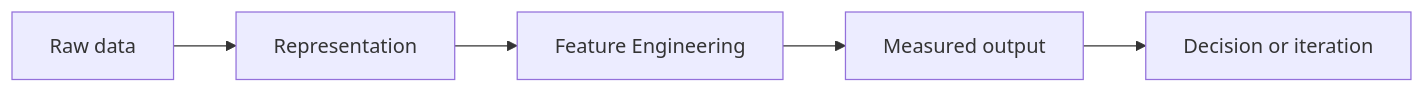
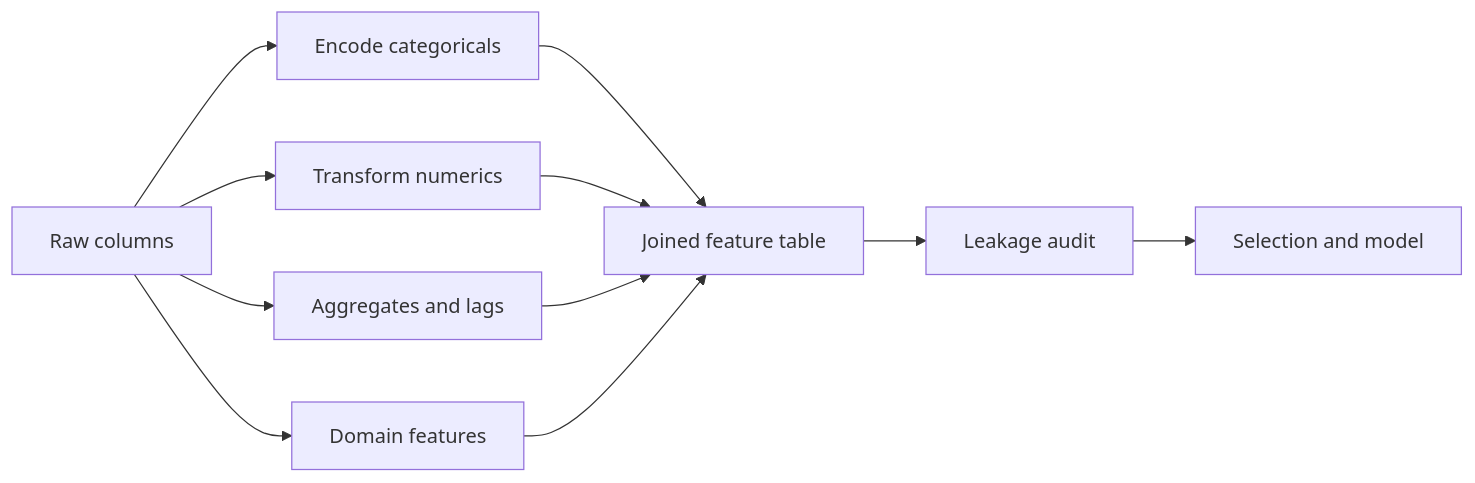
Before and after one commit to Icon1cc/Machine-Learning: the diagram in data-science/04-feature-engineering.md, drawn with Mermaid. The commit also changed other lines of this file and 264 other files, not shown here.

````diff
--- a/data-science/04-feature-engineering.md
+++ b/data-science/04-feature-engineering.md
@@ -92,7 +151,13 @@
 ```mermaid
 flowchart LR
-    A[Raw data] --> B[Representation]
-    B --> C[Feature Engineering]
-    C --> D[Measured output]
-    D --> E[Decision or iteration]
+    R[Raw columns] --> E[Encode categoricals]
+    R --> T[Transform numerics]
+    R --> A[Aggregates and lags]
+    R --> D[Domain features]
+    E --> J[Joined feature table]
+    T --> J
+    A --> J
+    D --> J
+    J --> L[Leakage audit]
+    L --> S[Selection and model]
 ```
````
